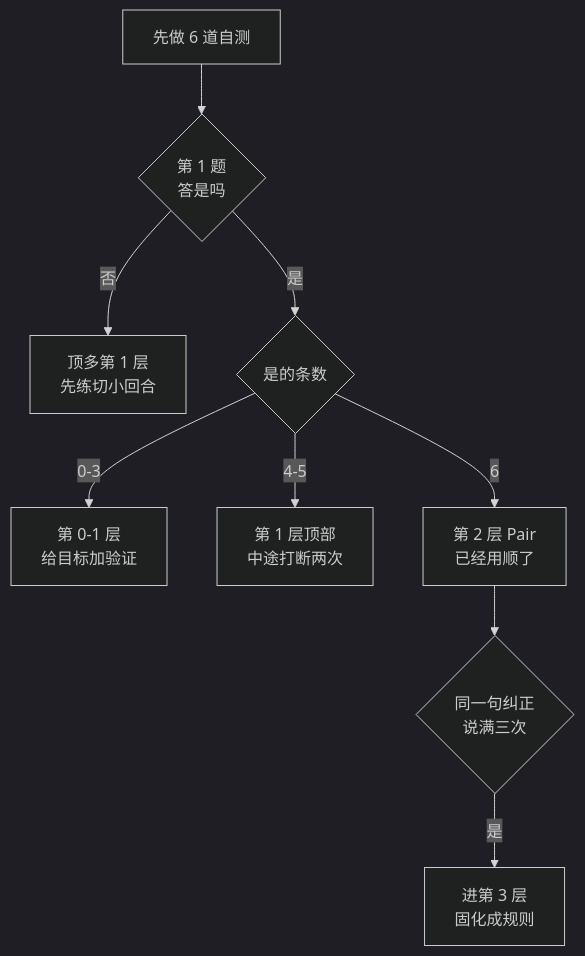
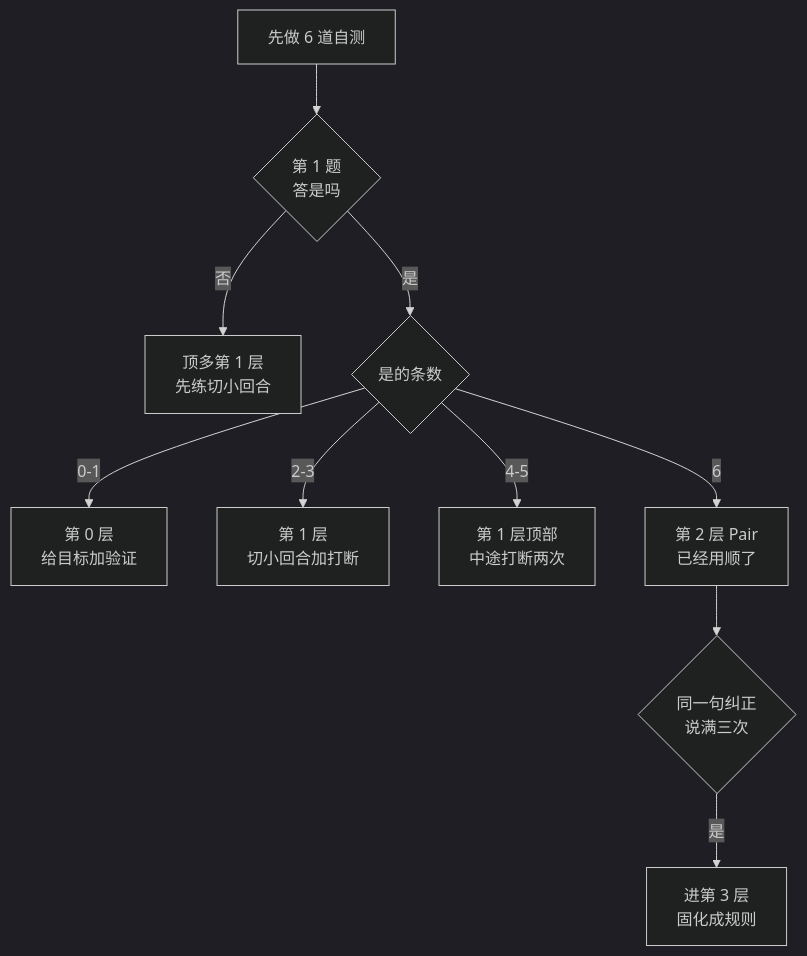
One commit to BigKunLun/AI-Coding-Playbook changed the diagram in 01-心智与工具/003-AI代码审不动改不懂.md. Above: the diagram before and after it, drawn with Mermaid (dark theme). The commit also changed other lines of this file and 40 other files, not shown here.

````diff
--- a/01-心智与工具/003-AI代码审不动改不懂.md
+++ b/01-心智与工具/003-AI代码审不动改不懂.md
@@ -15,11 +15,12 @@
 ```mermaid
 flowchart TD
     A[先做 6 道自测] --> B{第 1 题<br/>答是吗}
     B -->|否| C[顶多第 1 层<br/>先练切小回合]
     B -->|是| D{是的条数}
-    D -->|0-3| E[第 0-1 层<br/>给目标加验证]
+    D -->|0-1| E[第 0 层<br/>给目标加验证]
+    D -->|2-3| E2[第 1 层<br/>切小回合加打断]
     D -->|4-5| F[第 1 层顶部<br/>中途打断两次]
     D -->|6| G[第 2 层 Pair<br/>已经用顺了]
     G --> H{同一句纠正<br/>说满三次}
     H -->|是| I[进第 3 层<br/>固化成规则]
 ```
````
